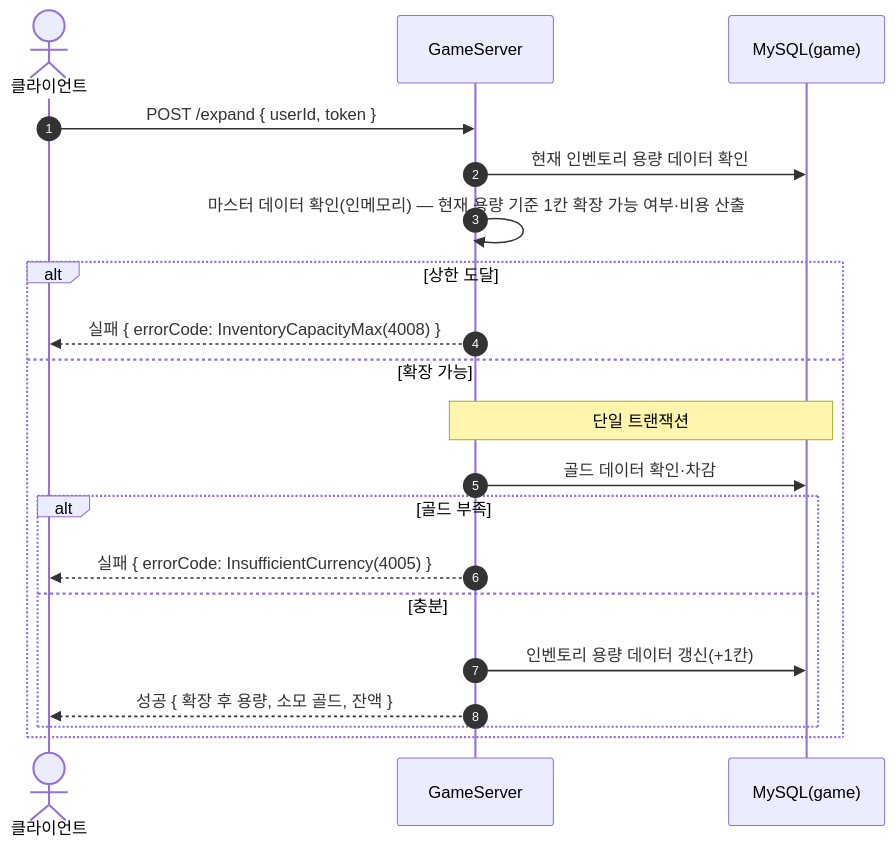
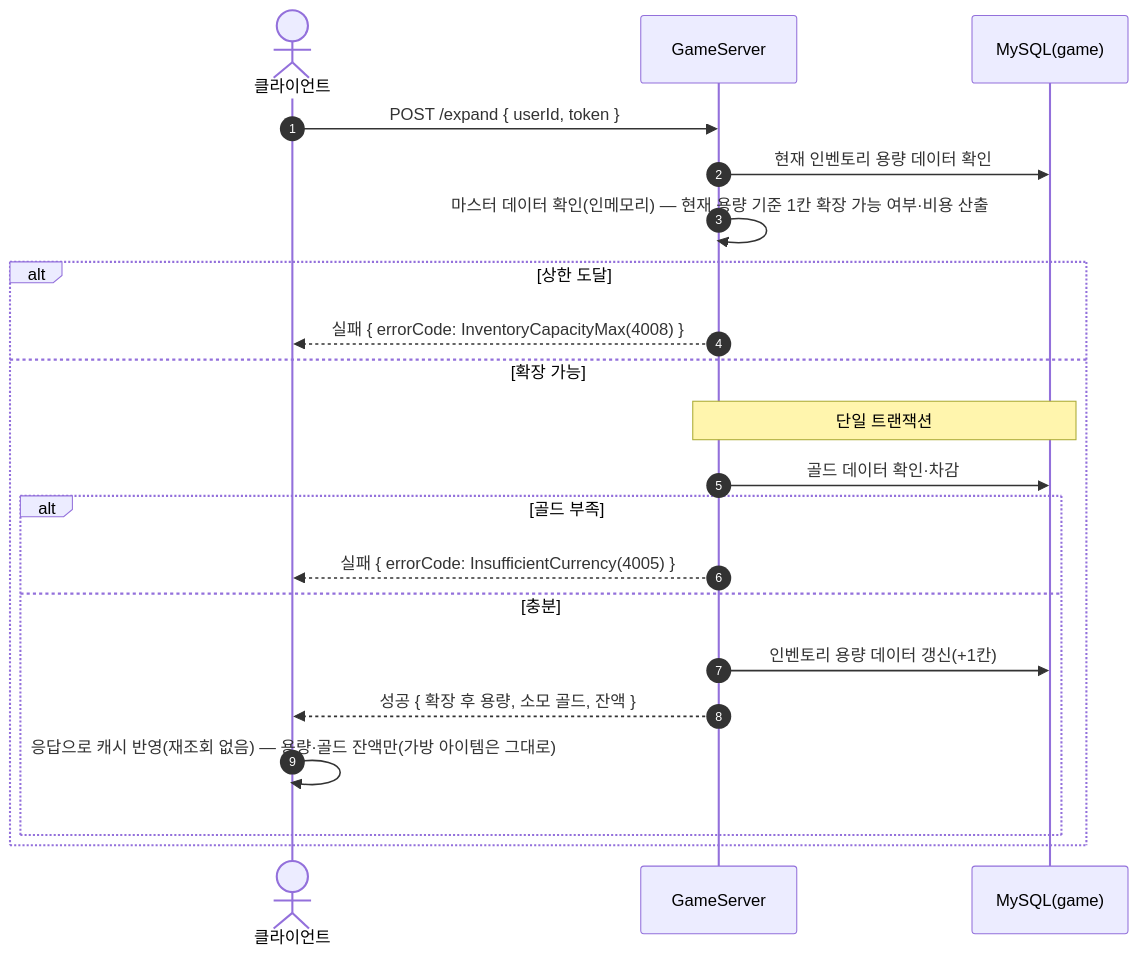
One commit to ks-wook/com2us-taskbar-hero changed diagram 15 of 35 in SequenceDiagram/README.md. Above: the diagram before and after it, drawn with Mermaid. The commit also changed other lines of this file and 13 other files, not shown here.

````diff
--- a/SequenceDiagram/README.md
+++ b/SequenceDiagram/README.md
@@ -476,23 +501,24 @@
 ```mermaid
 sequenceDiagram
     autonumber
     actor C as 클라이언트
     participant S as GameServer
     participant DB as MySQL(game)
 
     C->>S: POST /expand { userId, token }
     S->>DB: 현재 인벤토리 용량 데이터 확인
     S->>S: 마스터 데이터 확인(인메모리) — 현재 용량 기준 1칸 확장 가능 여부·비용 산출
     alt 상한 도달
         S-->>C: 실패 { errorCode: InventoryCapacityMax(4008) }
     else 확장 가능
         Note over S,DB: 단일 트랜잭션
         S->>DB: 골드 데이터 확인·차감
         alt 골드 부족
             S-->>C: 실패 { errorCode: InsufficientCurrency(4005) }
         else 충분
             S->>DB: 인벤토리 용량 데이터 갱신(+1칸)
             S-->>C: 성공 { 확장 후 용량, 소모 골드, 잔액 }
+            C->>C: 응답으로 캐시 반영(재조회 없음) — 용량·골드 잔액만(가방 아이템은 그대로)
         end
     end
 ```
````
